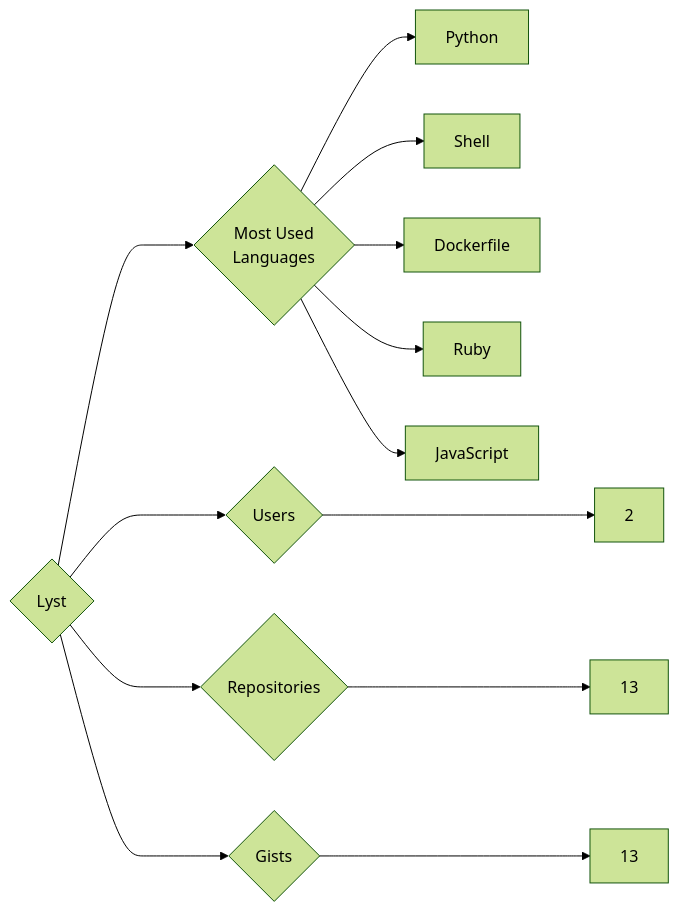
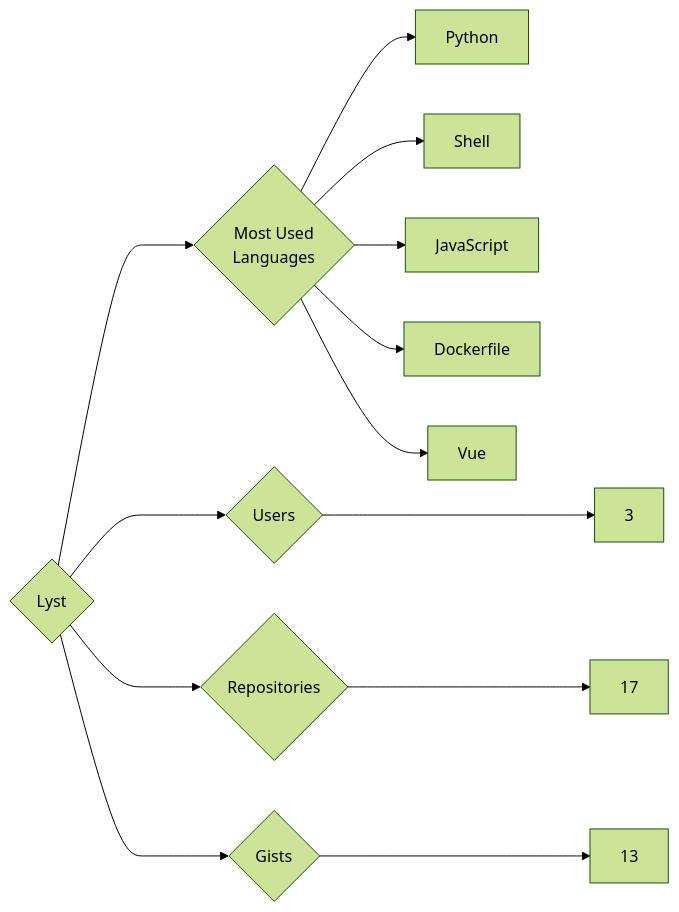
One commit to trickest/insiders changed the diagram in targets/Lyst/README.md. Above: the diagram before and after it, drawn with Mermaid (forest theme). The commit also changed 951 other files, not shown here.

````diff
--- a/targets/Lyst/README.md
+++ b/targets/Lyst/README.md
@@ -3,13 +3,13 @@
 ```mermaid
 graph LR
 COMPANY_NAME{Lyst}
-COMPANY_NAME ---> U{Users} ---> UN[2]
-COMPANY_NAME ---> R{Repositories} ---> RN[13]
+COMPANY_NAME ---> U{Users} ---> UN[3]
+COMPANY_NAME ---> R{Repositories} ---> RN[17]
 COMPANY_NAME ---> G{Gists} ---> GN[13]
 COMPANY_NAME ---> ML{Most Used<br>Languages}
 ML --> Python[Python]
 ML --> Shell[Shell]
+ML --> JavaScript[JavaScript]
 ML --> Dockerfile[Dockerfile]
-ML --> Ruby[Ruby]
-ML --> JavaScript[JavaScript]
+ML --> Vue[Vue]
 ```
````
